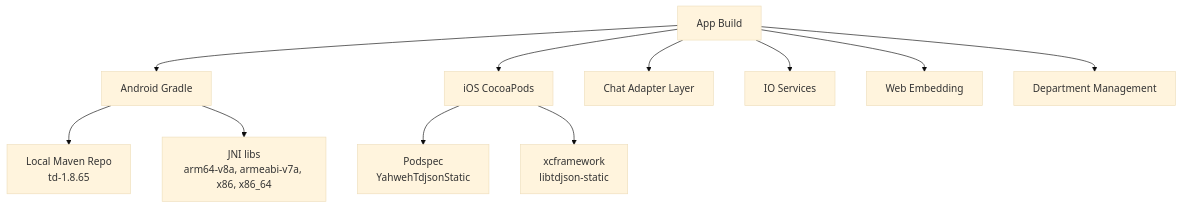
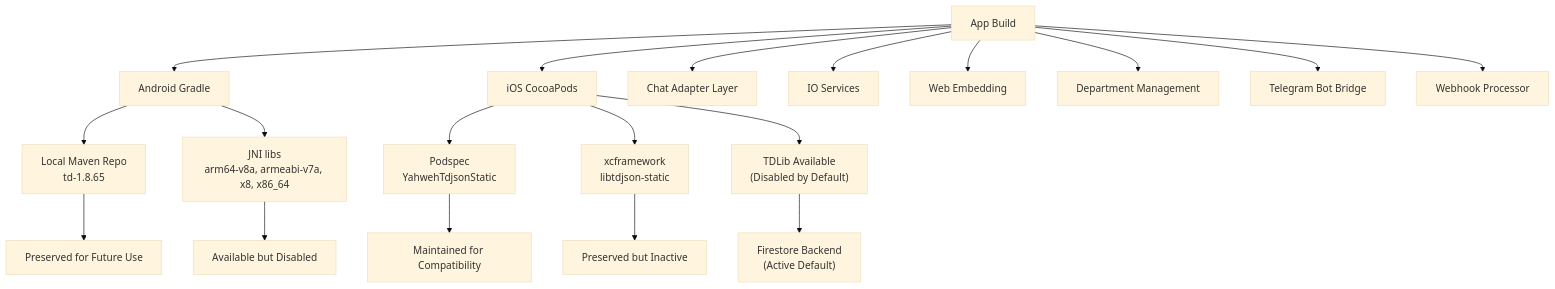
One commit to raihom-netizen/com.gestaoyahwehios.app changed the tenth of 10 diagrams in .qoder/repowiki/en/content/Chat System/Telegram Integration (TDLIB).md. Above: the diagram before and after it, drawn with Mermaid (base theme). The commit also changed other lines of this file and 161 other files, not shown here.

````diff
--- a/.qoder/repowiki/en/content/Chat System/Telegram Integration (TDLIB).md
+++ b/.qoder/repowiki/en/content/Chat System/Telegram Integration (TDLIB).md
@@ -493,13 +670,21 @@
 ```mermaid
 graph TB
 A["App Build"] --> B["Android Gradle"]
 A --> C["iOS CocoaPods"]
 B --> D["Local Maven Repo<br/>td-1.8.65"]
-B --> E["JNI libs<br/>arm64-v8a, armeabi-v7a, x86, x86_64"]
+B --> E["JNI libs<br/>arm64-v8a, armeabi-v7a, x8, x86_64"]
 C --> F["Podspec<br/>YahwehTdjsonStatic"]
 C --> G["xcframework<br/>libtdjson-static"]
-A --> H["Chat Adapter Layer"]
-A --> I["IO Services"]
-A --> J["Web Embedding"]
-A --> K["Department Management"]
+C --> H["TDLib Available<br/>(Disabled by Default)"]
+A --> I["Chat Adapter Layer"]
+A --> J["IO Services"]
+A --> K["Web Embedding"]
+A --> L["Department Management"]
+A --> M["Telegram Bot Bridge"]
+A --> N["Webhook Processor"]
+H --> O["Firestore Backend<br/>(Active Default)"]
+D --> P["Preserved for Future Use"]
+E --> Q["Available but Disabled"]
+F --> R["Maintained for Compatibility"]
+G --> S["Preserved but Inactive"]
 ```
````
